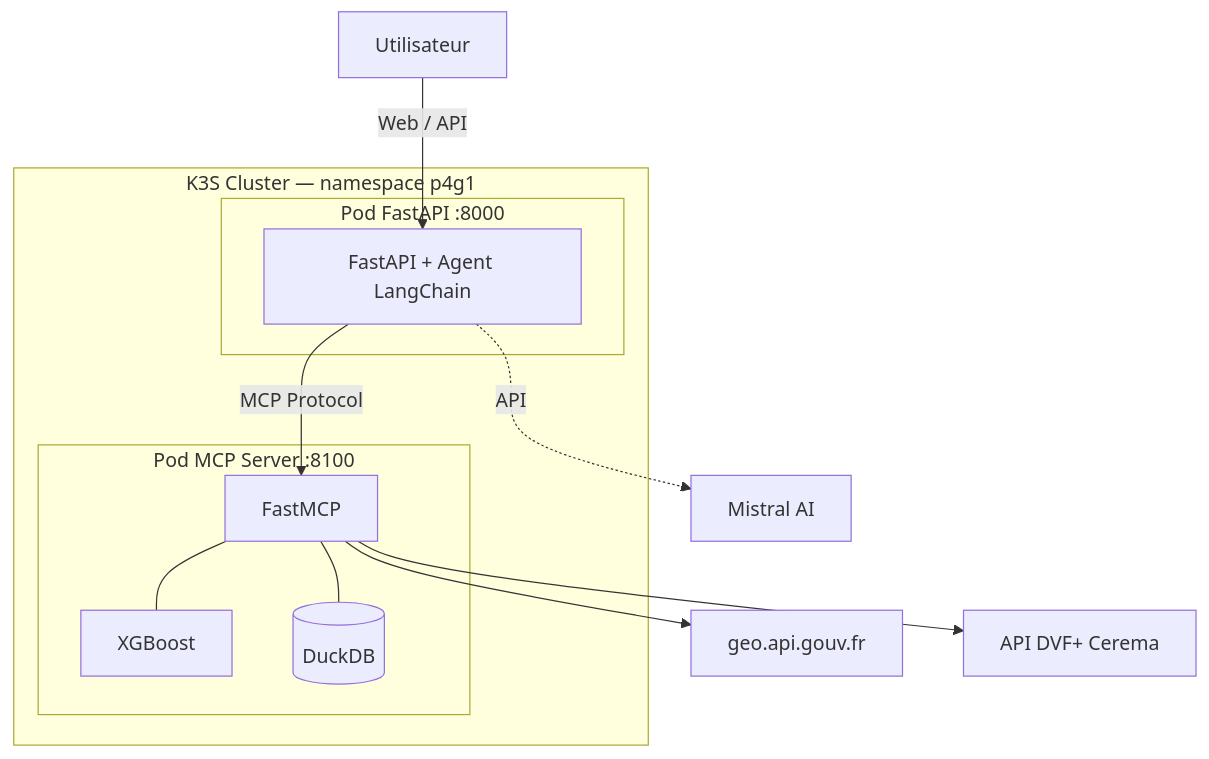
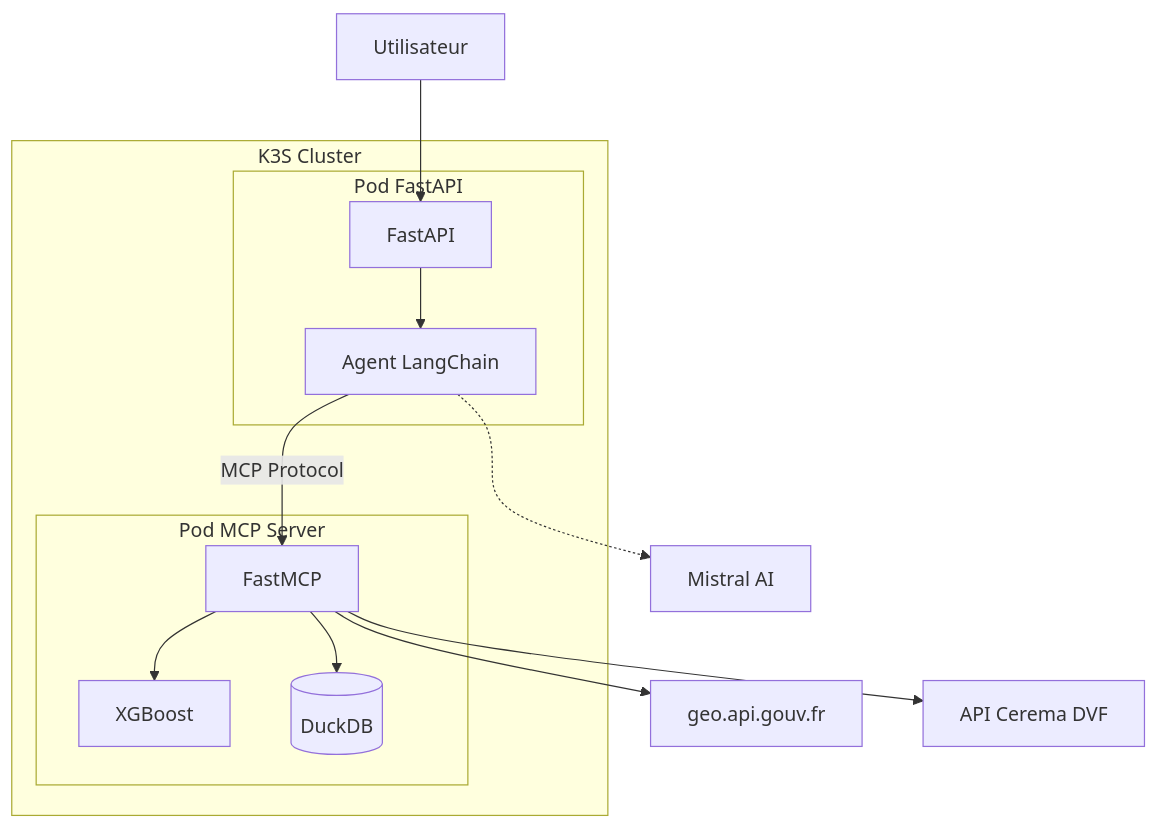
The first of 4 diagrams in README.md (cjeanneau/Projet-Agent-IA-Immo-MCP), drawn with Mermaid before and after one commit. The commit also changed other lines of this file, not shown here.

Commit message:
CHORE fixing mermaid rendering

````diff
--- a/README.md
+++ b/README.md
@@ -23,27 +23,29 @@
 ```mermaid
 graph TB
     U[Utilisateur]
     LLM[Mistral AI]
     GEO[geo.api.gouv.fr]
-    DVF[API DVF+ Cerema]
+    DVF[API Cerema DVF]
 
-    U -->|Web / API| FA
+    U --> FA
 
-    subgraph K3S["K3S Cluster — namespace p4g1"]
-        subgraph POD_API["Pod FastAPI :8000"]
-            FA[FastAPI + Agent LangChain]
+    subgraph K3S[K3S Cluster]
+        subgraph POD_API[Pod FastAPI]
+            FA[FastAPI]
+            AGENT[Agent LangChain]
         end
-        subgraph POD_MCP["Pod MCP Server :8100"]
+        subgraph POD_MCP[Pod MCP Server]
             MCP[FastMCP]
             MODEL[XGBoost]
             DB[(DuckDB)]
-            MCP --- MODEL
-            MCP --- DB
         end
-        FA -- MCP Protocol --> MCP
+        FA --> AGENT
+        AGENT -->|MCP Protocol| MCP
+        MCP --> MODEL
+        MCP --> DB
     end
 
-    FA -. API .-> LLM
+    AGENT -.-> LLM
     MCP --> GEO
     MCP --> DVF
 ```
````
